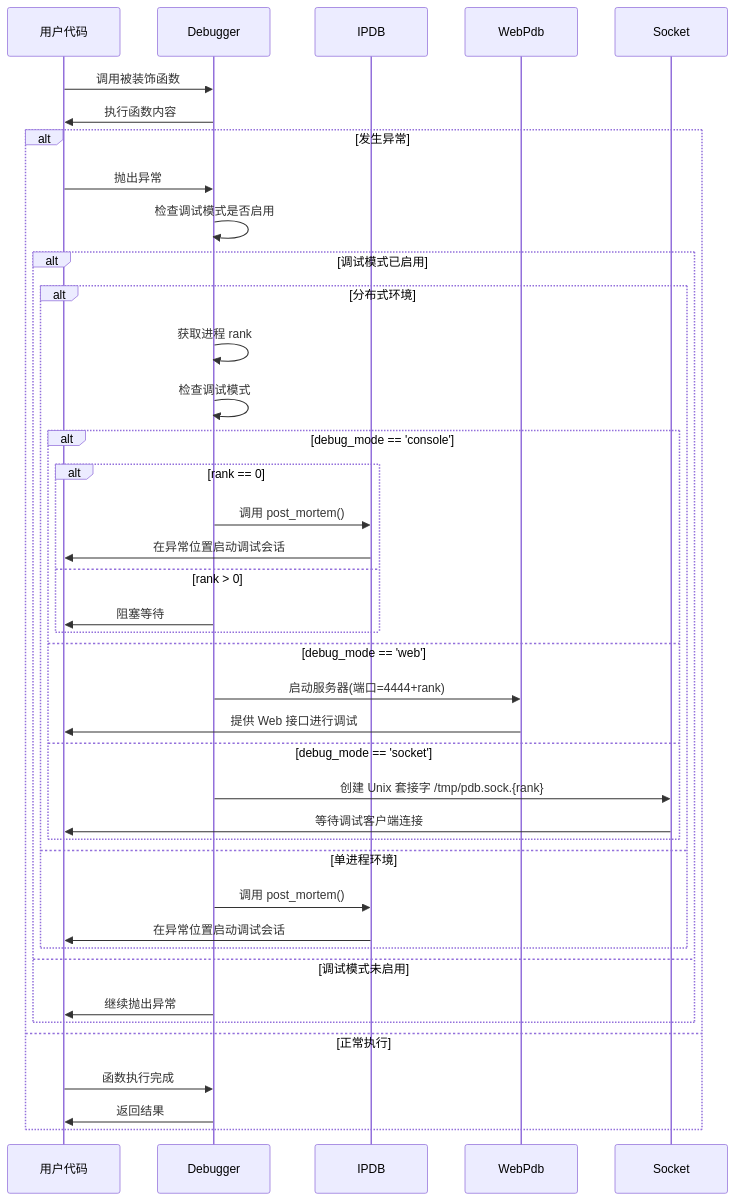
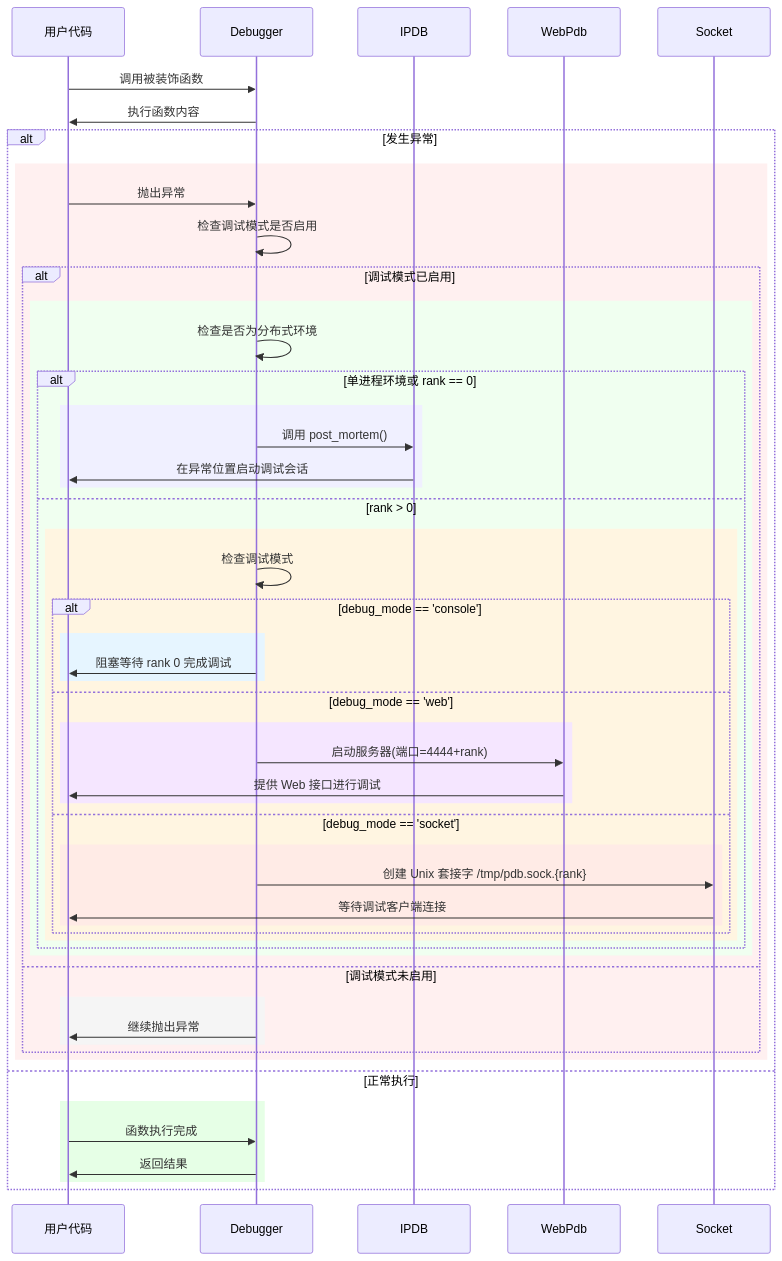
Before and after one commit to hhqx/py3_tools: the second of 2 diagrams in examples/py_debug/readme.md, drawn with Mermaid. The commit also changed other lines of this file and 3 other files, not shown here.

````diff
--- a/examples/py_debug/readme.md
+++ b/examples/py_debug/readme.md
@@ -262,46 +262,60 @@
 ```mermaid
 sequenceDiagram
     participant 用户代码
     participant Debugger
     participant IPDB
     participant WebPdb
     participant Socket
     
     用户代码->>Debugger: 调用被装饰函数
     Debugger->>用户代码: 执行函数内容
     
     alt 发生异常
+        rect rgb(255, 240, 240)
         用户代码->>Debugger: 抛出异常
         Debugger->>Debugger: 检查调试模式是否启用
         
         alt 调试模式已启用
-            alt 分布式环境
-                Debugger->>Debugger: 获取进程 rank
+            rect rgb(240, 255, 240)
+            Debugger->>Debugger: 检查是否为分布式环境
+            
+            alt 单进程环境或 rank == 0
+                rect rgb(240, 240, 255)
+                Debugger->>IPDB: 调用 post_mortem()
+                IPDB->>用户代码: 在异常位置启动调试会话
+                end
+            else rank > 0
+                rect rgb(255, 245, 225)
                 Debugger->>Debugger: 检查调试模式
                 
                 alt debug_mode == 'console'
-                    alt rank == 0
-                        Debugger->>IPDB: 调用 post_mortem()
-                        IPDB->>用户代码: 在异常位置启动调试会话
-                    else rank > 0
-                        Debugger->>用户代码: 阻塞等待
+                    rect rgb(230, 245, 255)
+                    Debugger->>用户代码: 阻塞等待 rank 0 完成调试
                     end
                 else debug_mode == 'web'
+                    rect rgb(245, 230, 255)
                     Debugger->>WebPdb: 启动服务器(端口=4444+rank)
                     WebPdb->>用户代码: 提供 Web 接口进行调试
+                    end
                 else debug_mode == 'socket'
+                    rect rgb(255, 235, 230)
                     Debugger->>Socket: 创建 Unix 套接字 /tmp/pdb.sock.{rank}
                     Socket->>用户代码: 等待调试客户端连接
+                    end
                 end
-            else 单进程环境
-                Debugger->>IPDB: 调用 post_mortem()
-                IPDB->>用户代码: 在异常位置启动调试会话
+                end
+            end
             end
         else 调试模式未启用
+            rect rgb(245, 245, 245)
             Debugger->>用户代码: 继续抛出异常
+            end
+        end
         end
     else 正常执行
+        rect rgb(230, 255, 230)
         用户代码->>Debugger: 函数执行完成
         Debugger->>用户代码: 返回结果
+        end
     end
 ```
````
